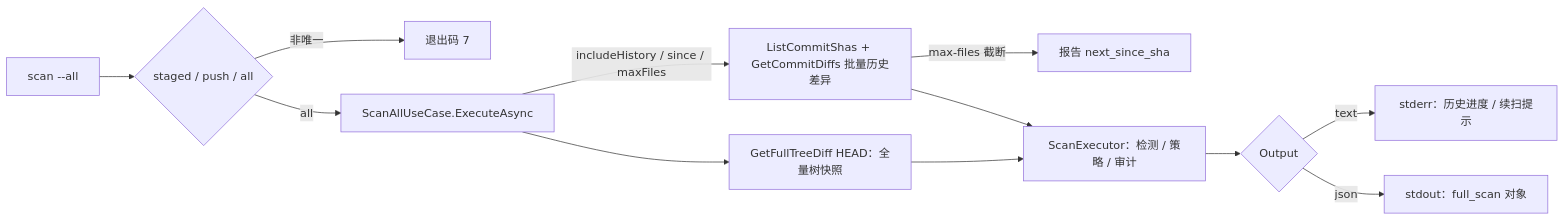
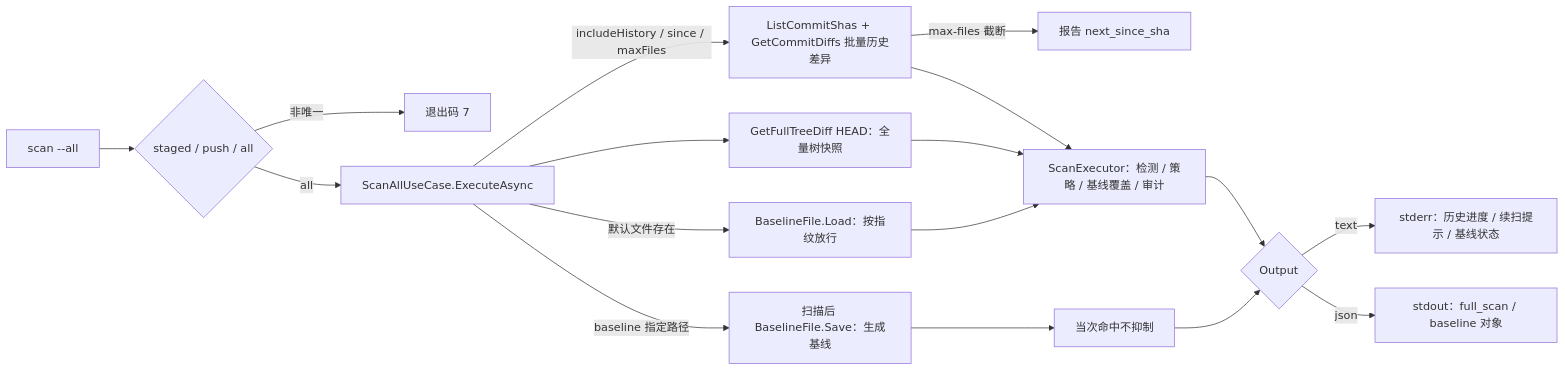
The second of 4 diagrams in docs/模块设计/Cli.md (Camefor/GitGuard), drawn with Mermaid before and after one commit. The commit also changed other lines of this file and 34 other files, not shown here.

Commit message:
feat(scan): add baseline file generation and consumption (GGD-0032)

````diff
--- a/docs/模块设计/Cli.md
+++ b/docs/模块设计/Cli.md
@@ -82,14 +83,19 @@
 ```mermaid
 flowchart LR
     Entry[scan --all] --> Scope{staged / push / all}
     Scope -- 非唯一 --> E7[退出码 7]
     Scope -- all --> UseCase[ScanAllUseCase.ExecuteAsync]
     UseCase --> Head[GetFullTreeDiff HEAD：全量树快照]
     UseCase -- includeHistory / since / maxFiles --> History[ListCommitShas + GetCommitDiffs 批量历史差异]
     History -- max-files 截断 --> Resume[报告 next_since_sha]
-    Head --> Pipeline[ScanExecutor：检测 / 策略 / 审计]
+    UseCase -- baseline 指定路径 --> Generate[扫描后 BaselineFile.Save：生成基线]
+    UseCase -- 默认文件存在 --> Consume[BaselineFile.Load：按指纹放行]
+    Consume --> Pipeline[ScanExecutor：检测 / 策略 / 基线覆盖 / 审计]
+    Generate --> Render0[当次命中不抑制]
+    Head --> Pipeline
     History --> Pipeline
-    Pipeline --> Render{Output}
-    Render -- text --> StdErr[stderr：历史进度 / 续扫提示]
-    Render -- json --> StdOut[stdout：full_scan 对象]
+    Render0 --> Render{Output}
+    Pipeline --> Render
+    Render -- text --> StdErr[stderr：历史进度 / 续扫提示 / 基线状态]
+    Render -- json --> StdOut[stdout：full_scan / baseline 对象]
 ```
````
